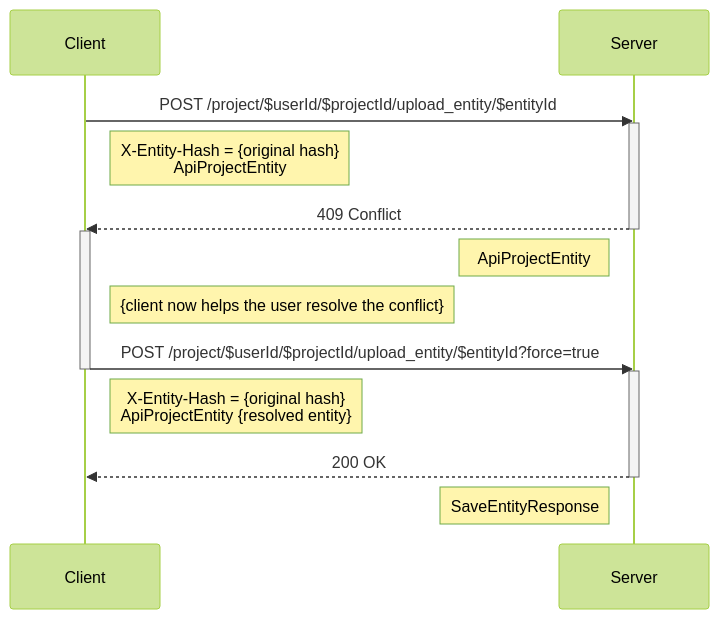
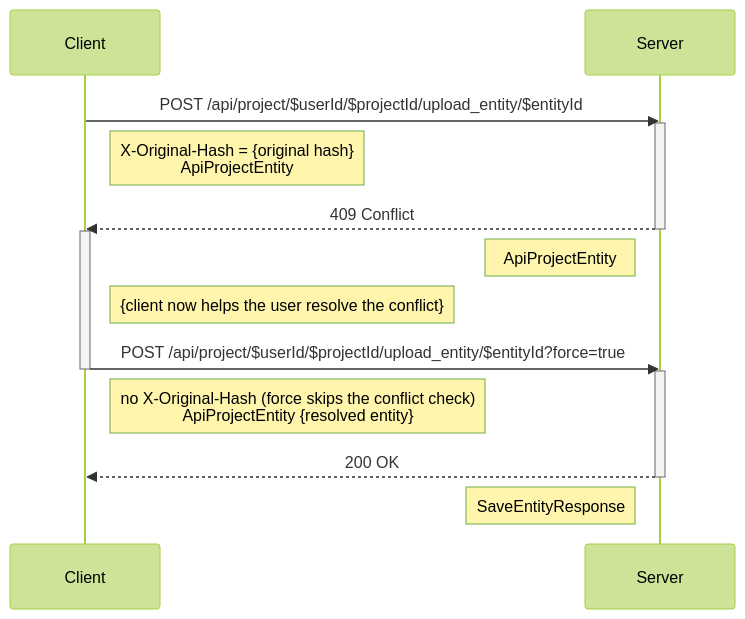
The eighth of 11 diagrams in docs/SYNCING-PROTOCOL.md (Darkrock-Studios/hammer-editor), drawn with Mermaid (forest theme) before and after one commit. The commit also changed other lines of this file, not shown here.

````diff
--- a/docs/SYNCING-PROTOCOL.md
+++ b/docs/SYNCING-PROTOCOL.md
@@ -385,25 +397,25 @@
 ```mermaid
 sequenceDiagram
     participant Client
     participant Server
 
-    Client->>Server: POST /project/$userId/$projectId/upload_entity/$entityId
+    Client->>Server: POST /api/project/$userId/$projectId/upload_entity/$entityId
 	activate Server
-	Note right of Client: X-Entity-Hash = {original hash} <br /> ApiProjectEntity
+	Note right of Client: X-Original-Hash = {original hash} <br /> ApiProjectEntity
 
 	Server -->> Client: 409 Conflict
 	deactivate Server
 	activate Client
 	Note left of Server: ApiProjectEntity
 
 	Note right of Client: {client now helps the user resolve the conflict}
-	Client->>Server: POST /project/$userId/$projectId/upload_entity/$entityId?force=true
+	Client->>Server: POST /api/project/$userId/$projectId/upload_entity/$entityId?force=true
 	deactivate Client
 	activate Server
-	Note right of Client: X-Entity-Hash = {original hash} <br /> ApiProjectEntity {resolved entity}
+	Note right of Client: no X-Original-Hash (force skips the conflict check) <br /> ApiProjectEntity {resolved entity}
 
 	Server -->> Client: 200 OK
 	deactivate Server
 	activate Client
 	Note left of Server: SaveEntityResponse
 ```
````
